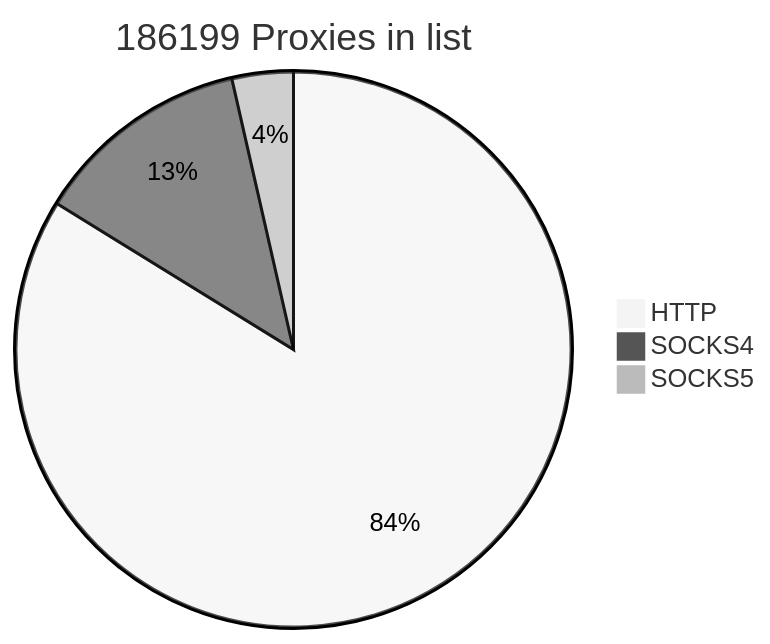
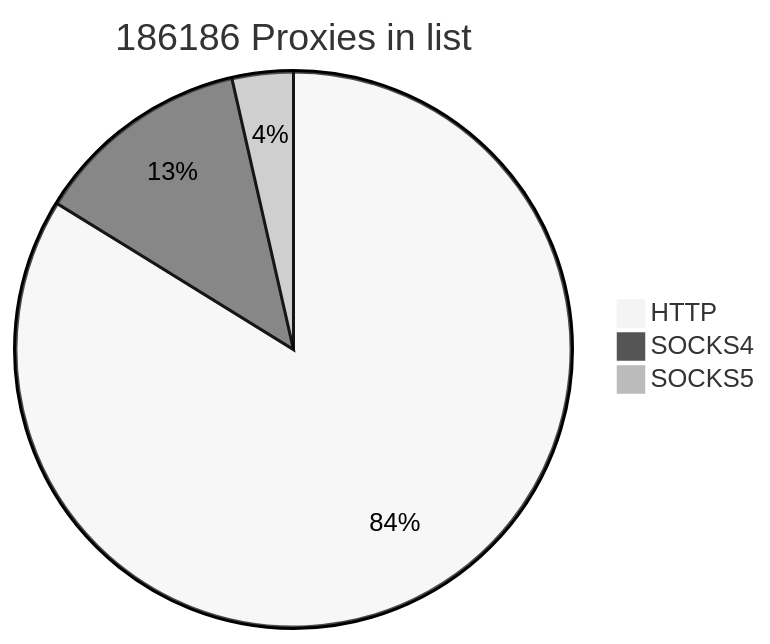
One commit to cutipu/proxylist changed the first of 2 diagrams in README.md. Above: the diagram before and after it, drawn with Mermaid (neutral theme). The commit also changed other lines of this file, not shown here.

````diff
--- a/README.md
+++ b/README.md
@@ -2,7 +2,7 @@
 ```mermaid
-pie title 186199 Proxies in list
+pie title 186186 Proxies in list
     "HTTP" : 156035
-    "SOCKS4" : 23527
-    "SOCKS5" : 6637
+    "SOCKS4" : 23526
+    "SOCKS5" : 6625
             
 ```
````
